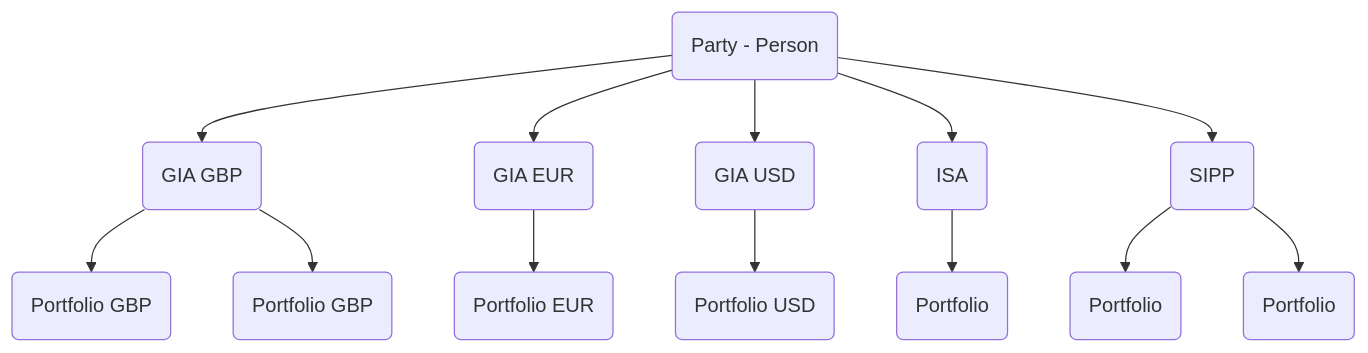
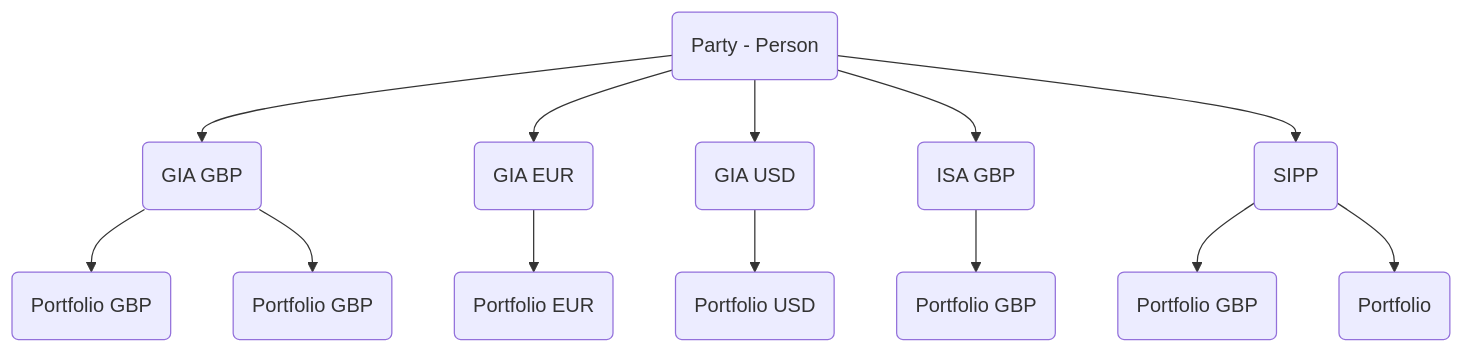
Before and after one commit to wealthkernel/api-documentation-guides: the first of 2 diagrams in docs/portfolios/Basics.md, drawn with Mermaid. The commit also changed other lines of this file, not shown here.

````diff
--- a/docs/portfolios/Basics.md
+++ b/docs/portfolios/Basics.md
@@ -14,10 +14,10 @@
 ```mermaid
 flowchart TD
     A(Party - Person) --> B(GIA GBP) --> G(Portfolio GBP)
     B(GIA GBP) --> H(Portfolio GBP)
     A(Party - Person) --> C(GIA EUR) --> I(Portfolio EUR)
     A(Party - Person) --> D(GIA USD) --> J(Portfolio USD)
-    A(Party - Person) --> E(ISA) --> K(Portfolio)
-    A(Party - Person) --> F(SIPP) --> L(Portfolio)
+    A(Party - Person) --> E(ISA GBP) --> K(Portfolio GBP)
+    A(Party - Person) --> F(SIPP GBP) --> L(Portfolio GBP)
     F(SIPP) --> M(Portfolio)
 ```
````
